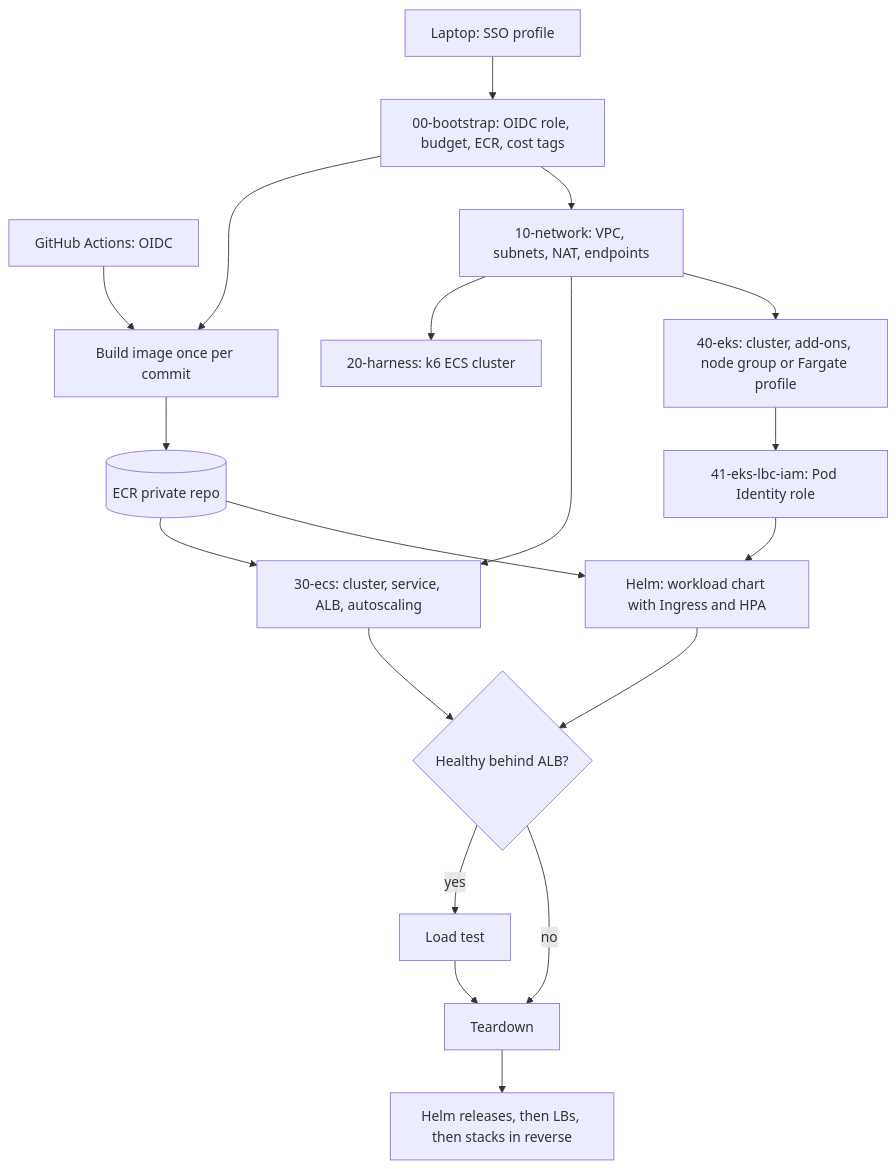
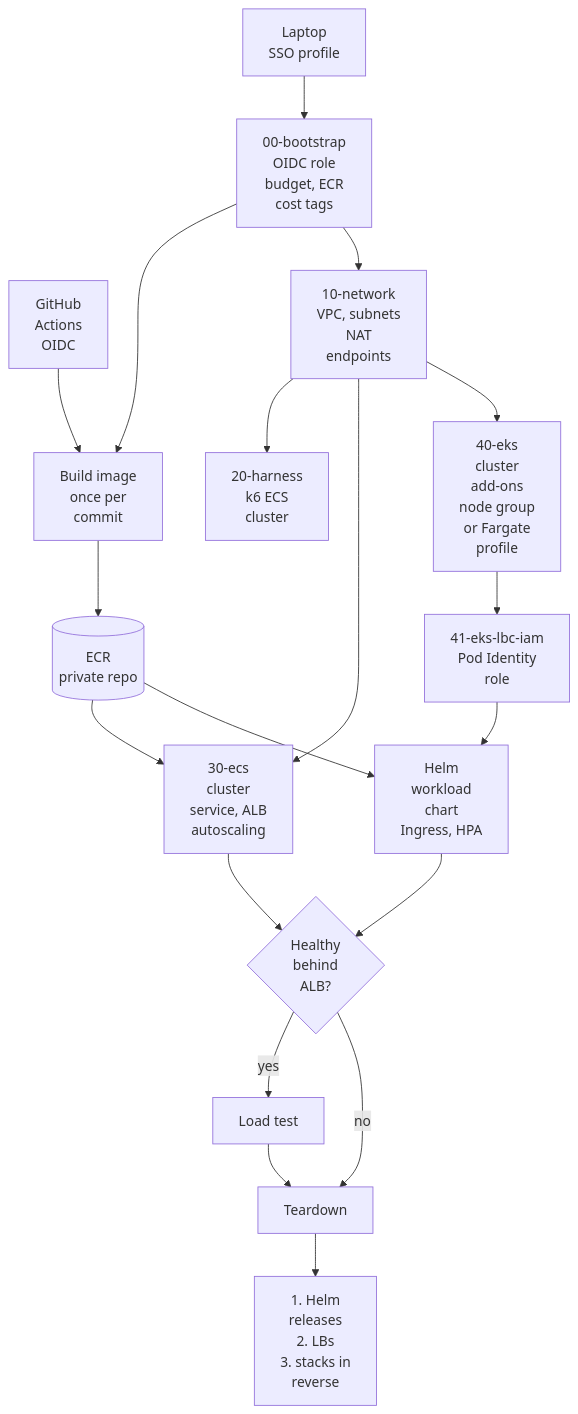
One commit to MAOFILHO/AWS-Agentic-ECS-EKS-Benchmark changed the first of 3 diagrams in docs/architecture.md. Above: the diagram before and after it, drawn with Mermaid. The commit also changed other lines of this file, not shown here.

First line of the commit message:
🐛 [fix] docs: split Mermaid labels so GitHub stops clipping them

````diff
--- a/docs/architecture.md
+++ b/docs/architecture.md
@@ -9,21 +9,21 @@
 ```mermaid
 flowchart TD
-    dev["Laptop: SSO profile"] --> boot["00-bootstrap: OIDC role, budget, ECR, cost tags"]
-    ci["GitHub Actions: OIDC"] --> img["Build image once per commit"]
+    dev["Laptop<br/>SSO profile"] --> boot["00-bootstrap<br/>OIDC role<br/>budget, ECR<br/>cost tags"]
+    ci["GitHub<br/>Actions<br/>OIDC"] --> img["Build image<br/>once per<br/>commit"]
     boot --> img
-    img --> ecr[("ECR private repo")]
-    boot --> net["10-network: VPC, subnets, NAT, endpoints"]
-    net --> harness["20-harness: k6 ECS cluster"]
-    net --> ecs["30-ecs: cluster, service, ALB, autoscaling"]
-    net --> eks["40-eks: cluster, add-ons, node group or Fargate profile"]
-    eks --> lbc["41-eks-lbc-iam: Pod Identity role"]
-    lbc --> helm["Helm: workload chart with Ingress and HPA"]
+    img --> ecr[("ECR<br/>private repo")]
+    boot --> net["10-network<br/>VPC, subnets<br/>NAT<br/>endpoints"]
+    net --> harness["20-harness<br/>k6 ECS<br/>cluster"]
+    net --> ecs["30-ecs<br/>cluster<br/>service, ALB<br/>autoscaling"]
+    net --> eks["40-eks<br/>cluster<br/>add-ons<br/>node group<br/>or Fargate<br/>profile"]
+    eks --> lbc["41-eks-lbc-iam<br/>Pod Identity<br/>role"]
+    lbc --> helm["Helm<br/>workload<br/>chart<br/>Ingress, HPA"]
     ecr --> ecs
     ecr --> helm
-    ecs --> ready{"Healthy behind ALB?"}
+    ecs --> ready{"Healthy<br/>behind<br/>ALB?"}
     helm --> ready
     ready -->|yes| load["Load test"]
     ready -->|no| down["Teardown"]
     load --> down
-    down --> gone["Helm releases, then LBs, then stacks in reverse"]
+    down --> gone["1. Helm<br/>releases<br/>2. LBs<br/>3. stacks in<br/>reverse"]
 ```
````
